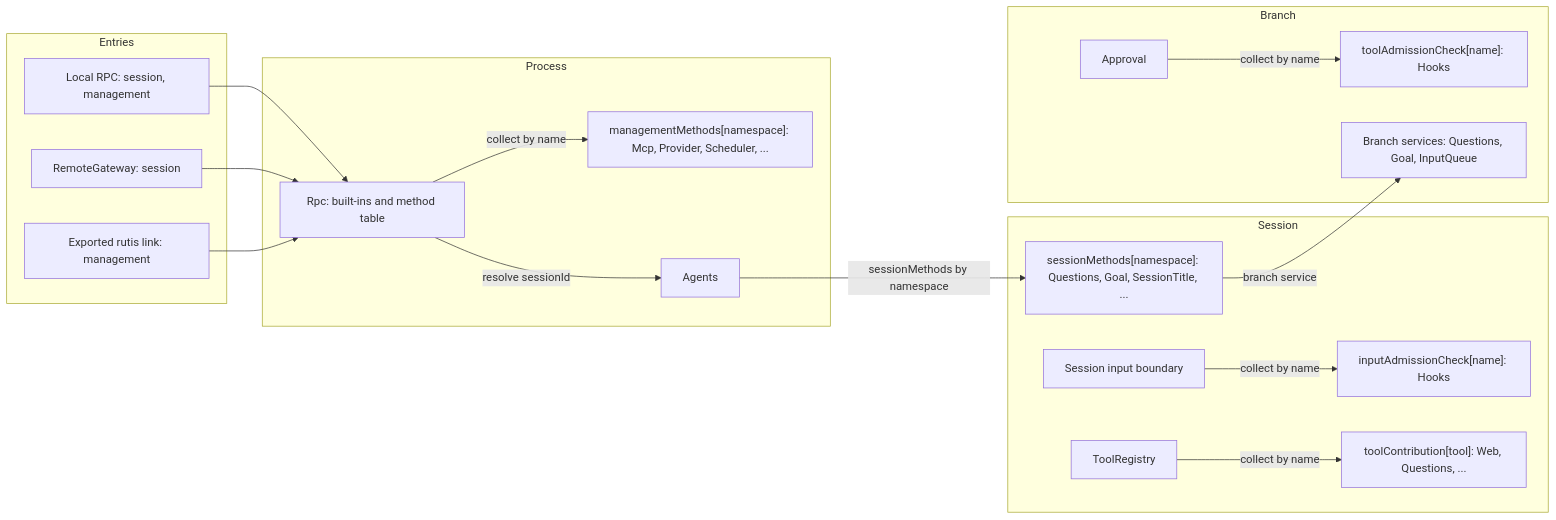
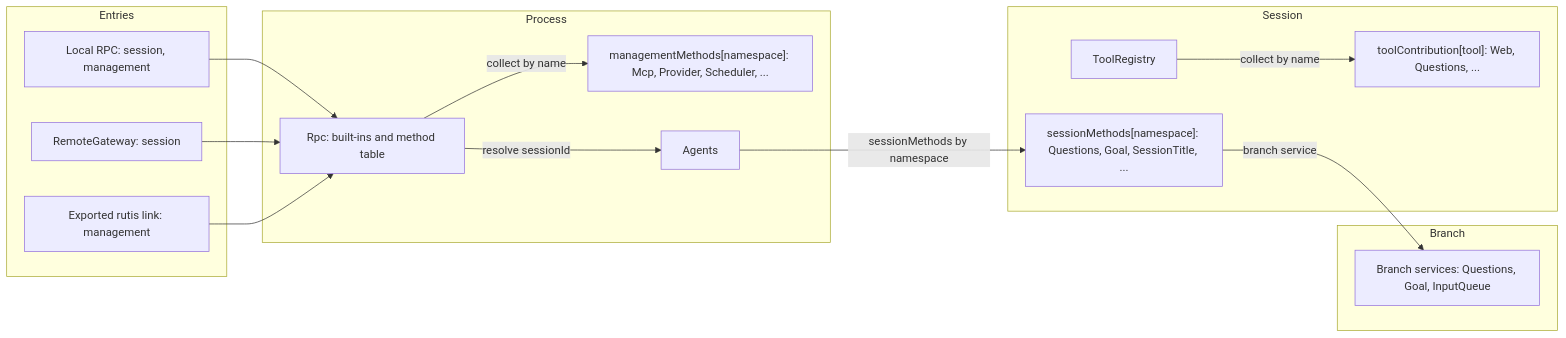
Before and after one commit to CoutinhoTTS/dim-agent: the first of 3 diagrams in docs/design/contracts/session-boundary.md, drawn with Mermaid. The commit also changed other lines of this file and 18 other files, not shown here.

First line of the commit message:
docs(design): hooks via asynchronous before callbacks and withdraw/delete input events

````diff
--- a/docs/design/contracts/session-boundary.md
+++ b/docs/design/contracts/session-boundary.md
@@ -19,35 +19,29 @@
 ```mermaid
 flowchart LR
   subgraph ENT["Entries"]
     Local["Local RPC: session, management"]
     Remote["RemoteGateway: session"]
     Link["Exported rutis link: management"]
   end
   subgraph PROC["Process"]
     Rpc["Rpc: built-ins and method table"]
     MM["managementMethods[namespace]: Mcp, Provider, Scheduler, ..."]
     AI["Agents"]
   end
   subgraph SES["Session"]
     SM["sessionMethods[namespace]: Questions, Goal, SessionTitle, ..."]
-    IB["Session input boundary"]
-    IC["inputAdmissionCheck[name]: Hooks"]
     TR["ToolRegistry"]
     TC2["toolContribution[tool]: Web, Questions, ..."]
   end
   subgraph BR["Branch"]
-    AP["Approval"]
-    TC["toolAdmissionCheck[name]: Hooks"]
     BS["Branch services: Questions, Goal, InputQueue"]
   end
   Local --> Rpc
   Remote --> Rpc
   Link --> Rpc
   Rpc -->|"collect by name"| MM
   Rpc -->|"resolve sessionId"| AI
   AI -->|"sessionMethods by namespace"| SM
   SM -->|"branch service"| BS
-  IB -->|"collect by name"| IC
   TR -->|"collect by name"| TC2
-  AP -->|"collect by name"| TC
 ```
````
